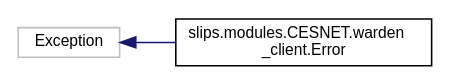
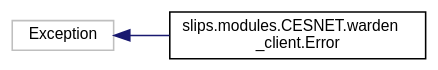
One commit to stratosphereips/StratosphereLinuxIPS changed the diagram in docs/inherit_graph_3.dot. Above: the diagram before and after it, drawn with Graphviz. The commit also changed 345 other files, not shown here.

```diff
--- a/docs/inherit_graph_3.dot
+++ b/docs/inherit_graph_3.dot
@@ -1,10 +1,11 @@
 digraph "Graphical Class Hierarchy"
 {
  // LATEX_PDF_SIZE
+  bgcolor="transparent";
   edge [fontname="Helvetica",fontsize="10",labelfontname="Helvetica",labelfontsize="10"];
   node [fontname="Helvetica",fontsize="10",shape=record];
   rankdir="LR";
-  Node46 [label="Exception",height=0.2,width=0.4,color="grey75", fillcolor="white", style="filled",tooltip=" "];
+  Node46 [label="Exception",height=0.2,width=0.4,color="grey75",tooltip=" "];
   Node46 -> Node0 [dir="back",color="midnightblue",fontsize="10",style="solid",fontname="Helvetica"];
-  Node0 [label="slips.modules.CESNET.warden\l_client.Error",height=0.2,width=0.4,color="black", fillcolor="white", style="filled",URL="$d1/df7/classslips_1_1modules_1_1CESNET_1_1warden__client_1_1Error.html",tooltip=" "];
+  Node0 [label="slips.modules.CESNET.warden\l_client.Error",height=0.2,width=0.4,color="black",URL="$d3/d7a/classslips_1_1modules_1_1_c_e_s_n_e_t_1_1warden__client_1_1_error.html",tooltip=" "];
 }
```
